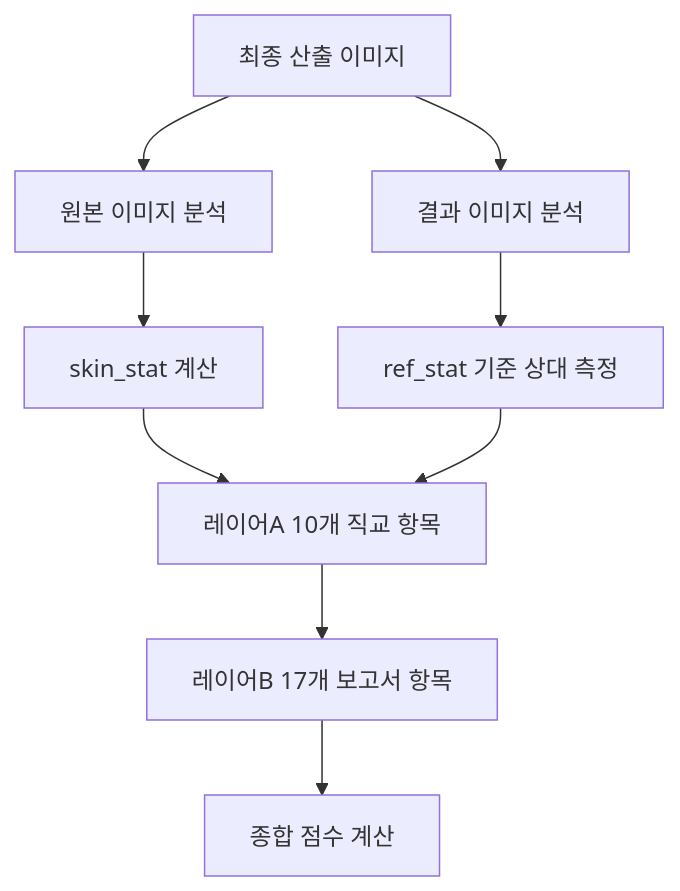
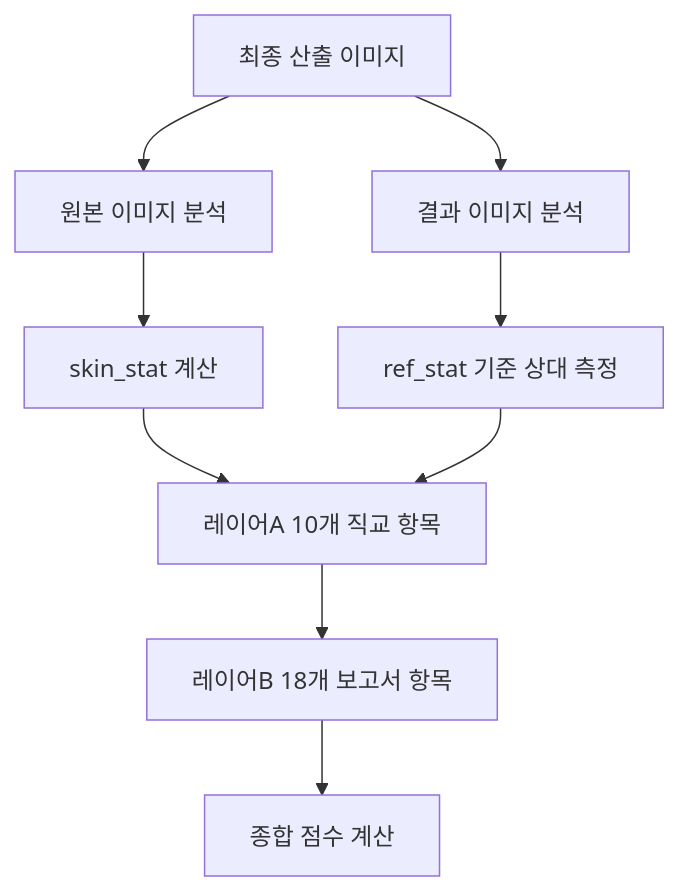
Before and after one commit to coteleafdev/SkinLens: the fourth of 6 diagrams in docs/guides/CODEFORMER_PIPELINE_ALGORITHM.md, drawn with Mermaid. The commit also changed 9 other files, not shown here.

````diff
--- a/docs/guides/CODEFORMER_PIPELINE_ALGORITHM.md
+++ b/docs/guides/CODEFORMER_PIPELINE_ALGORITHM.md
@@ -189,11 +189,11 @@
 ```mermaid
 flowchart TD
     A[최종 산출 이미지] --> B[원본 이미지 분석]
     A --> C[결과 이미지 분석]
     B --> D[skin_stat 계산]
     C --> E[ref_stat 기준 상대 측정]
     D --> F[레이어A 10개 직교 항목]
     E --> F
-    F --> G[레이어B 17개 보고서 항목]
+    F --> G[레이어B 18개 보고서 항목]
     G --> H[종합 점수 계산]
 ```
````
